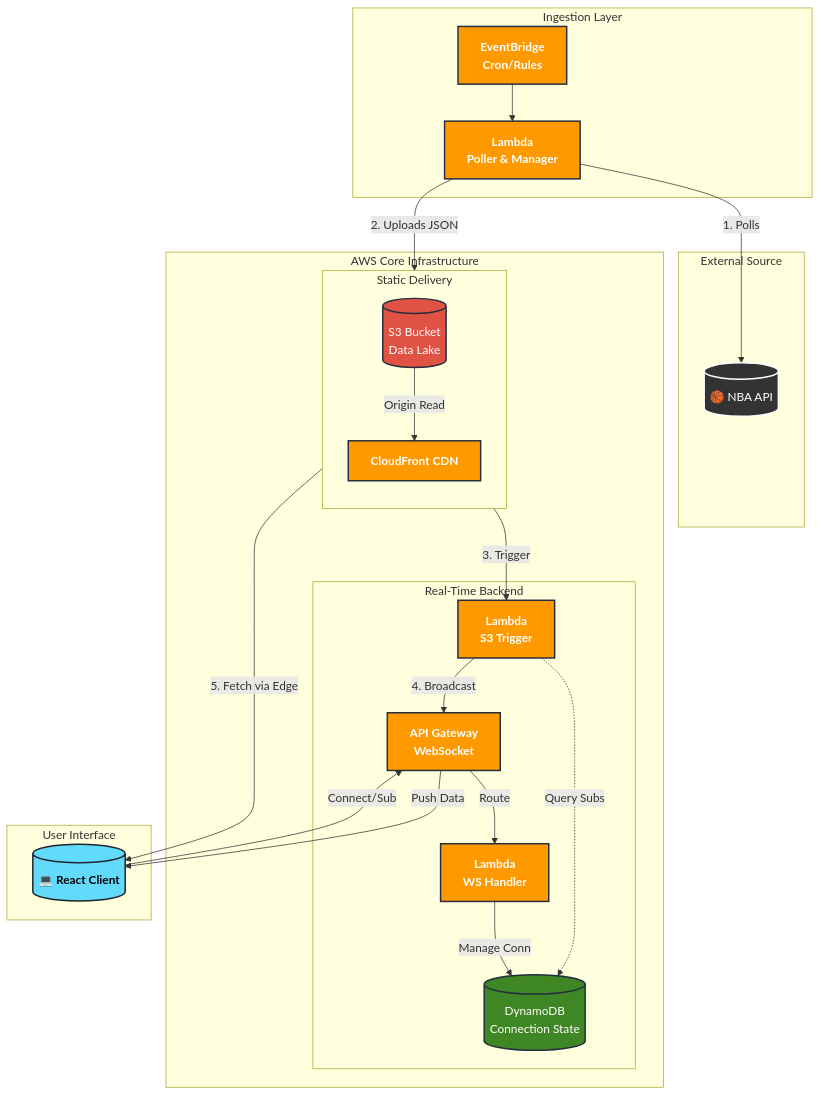
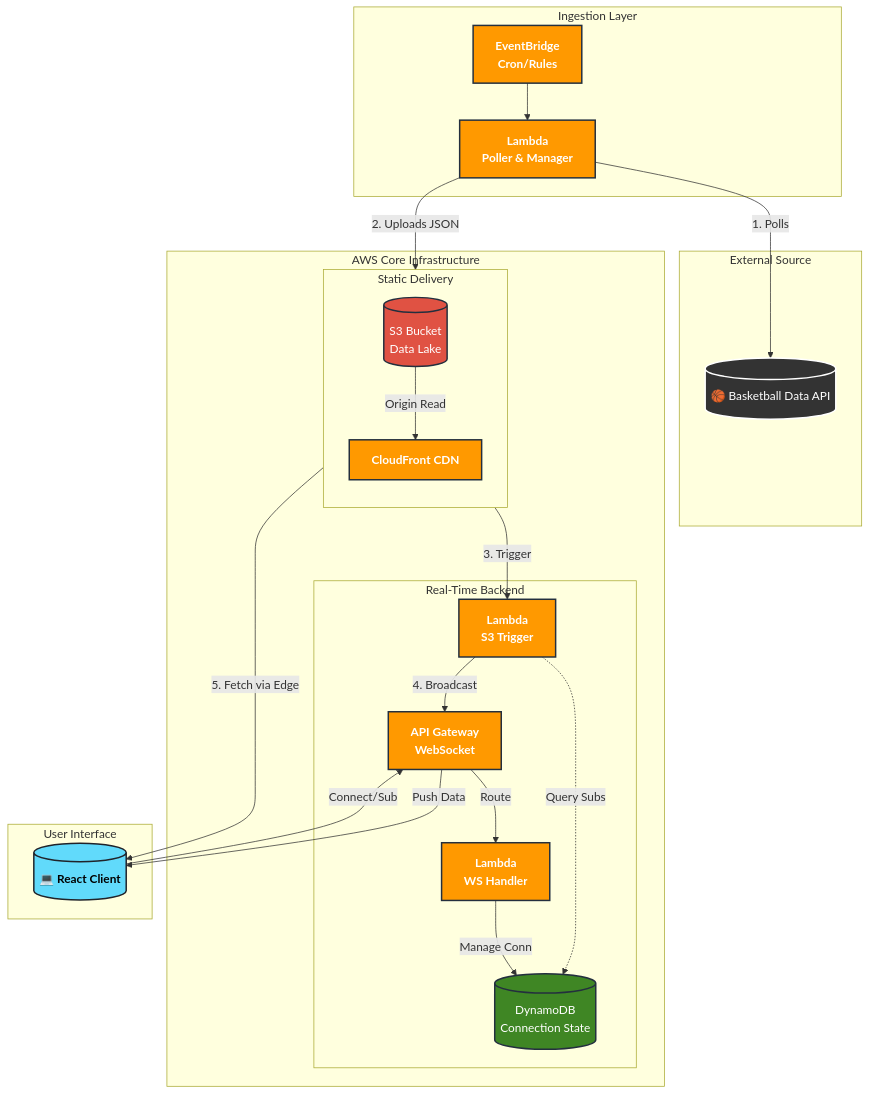
Before and after one commit to eaganro/MinutesMap: the first of 2 diagrams in README.md, drawn with Mermaid. The commit also changed other lines of this file and 2 other files, not shown here.

````diff
--- a/README.md
+++ b/README.md
@@ -20,63 +20,63 @@
 ```mermaid
 flowchart TD
     %% --- Styling ---
     classDef aws fill:#FF9900,stroke:#232F3E,stroke-width:2px,color:white,font-weight:bold;
     classDef storage fill:#E05243,stroke:#232F3E,stroke-width:2px,color:white;
     classDef db fill:#3F8624,stroke:#232F3E,stroke-width:2px,color:white;
     classDef client fill:#61DAFB,stroke:#20232a,stroke-width:2px,color:black,font-weight:bold;
     classDef ext fill:#333,stroke:#fff,stroke-width:2px,color:white;
 
     %% --- Nodes ---
     subgraph External [External Source]
-        NBA[("🏀 NBA API")]:::ext
+        DataAPI[("🏀 Basketball Data API")]:::ext
     end
 
     subgraph Ingestion [Ingestion Layer]
         EB[EventBridge<br/>Cron/Rules]:::aws
         L_Poller[Lambda<br/>Poller & Manager]:::aws
     end
 
     subgraph Core [AWS Core Infrastructure]
         %% We group S3 and CF together to force them to the right side
         subgraph Static [Static Delivery]
             direction TB
             S3[("S3 Bucket<br/>Data Lake")]:::storage
             CF[CloudFront CDN]:::aws
         end
 
         subgraph RealTime [Real-Time Backend]
             L_Event[Lambda<br/>S3 Trigger]:::aws
             L_WS[Lambda<br/>WS Handler]:::aws
             DDB[("DynamoDB<br/>Connection State")]:::db
             APIG[API Gateway<br/>WebSocket]:::aws
         end
     end
 
     subgraph Frontend [User Interface]
         Browser[("💻 React Client")]:::client
     end
 
     %% --- Connections ---
 
     %% 1. Ingestion Flow (Top to Bottom)
     EB --> L_Poller
-    L_Poller -- 1. Polls --> NBA
+    L_Poller -- 1. Polls --> DataAPI
     L_Poller -- 2. Uploads JSON --> S3
 
     %% 2. Notification Flow (Left Side)
     S3 -- 3. Trigger --> L_Event
     L_Event -. Query Subs .-> DDB
     L_Event -- 4. Broadcast --> APIG
     APIG -- Push Data --> Browser
 
     %% 3. Static Data Flow (Right Side)
     %% CHANGED: We model this as Data Flow (S3 -> CF) to avoid the upward arrow crossing
     S3 -- Origin Read --> CF
     CF -- 5. Fetch via Edge --> Browser
 
     %% 4. WebSocket Connection (Bottom Up - inevitable, but cleaner now)
     Browser -- Connect/Sub --> APIG
     APIG -- Route --> L_WS
     L_WS -- Manage Conn --> DDB
 
 ```
````
